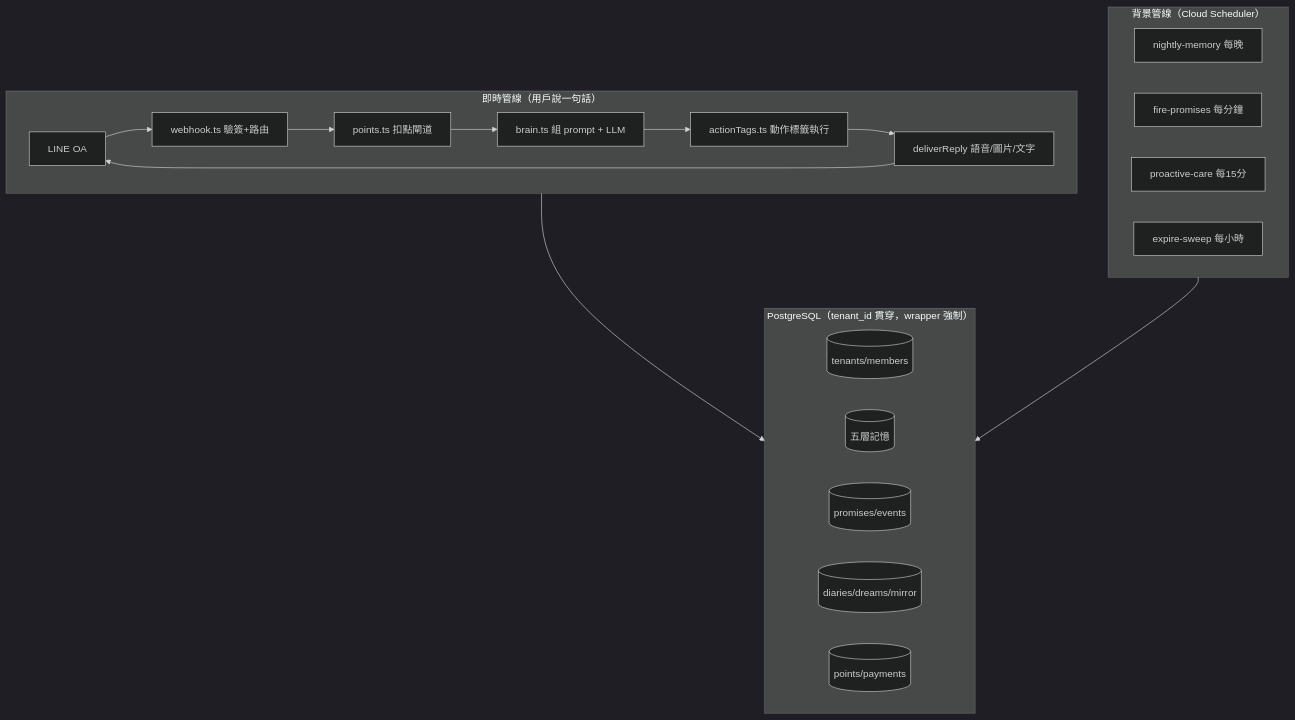
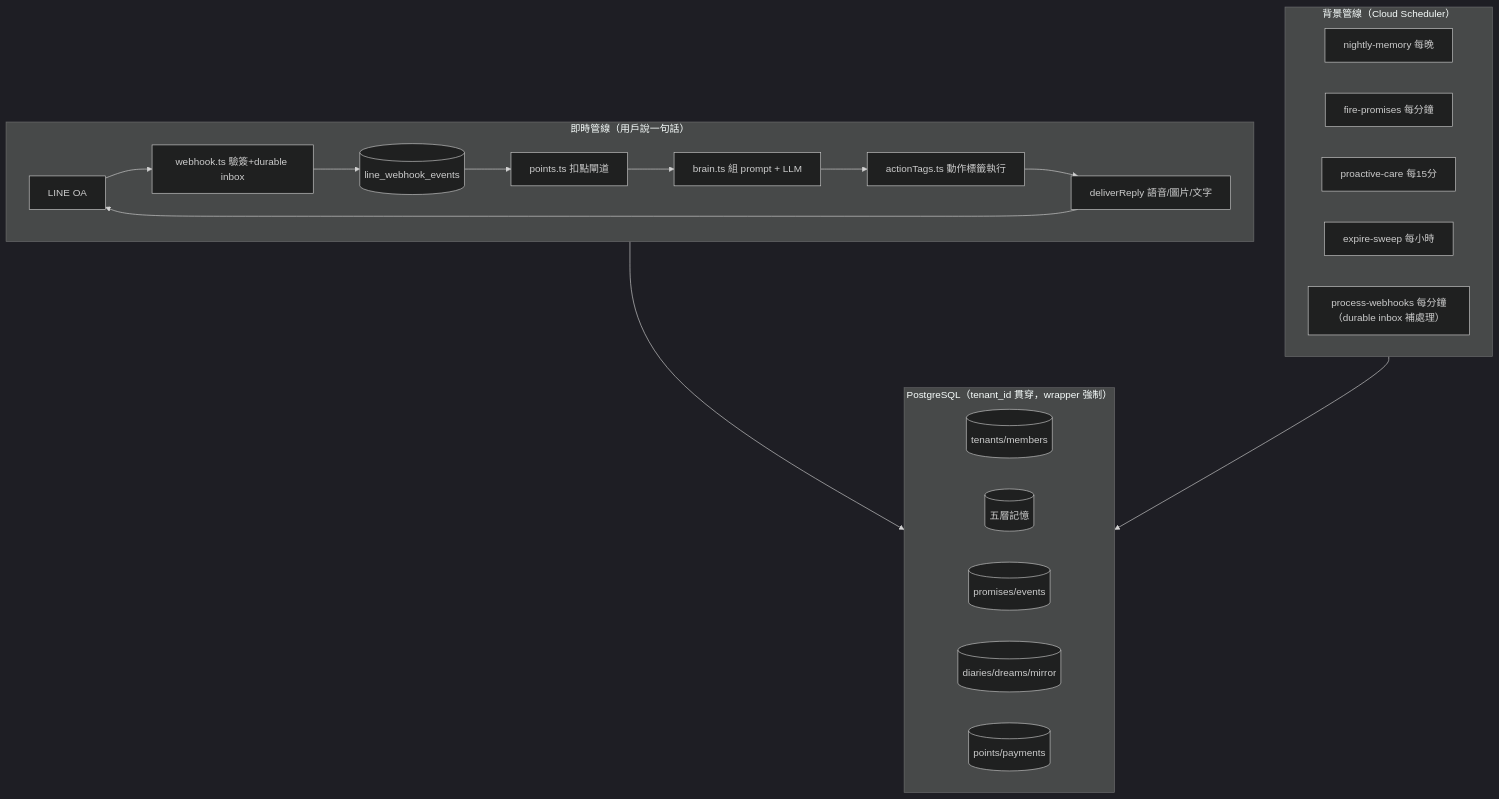
One commit to yveshuangai-cloud/mentor changed the diagram in docs/ARCHITECTURE-MAP.md. Above: the diagram before and after it, drawn with Mermaid (dark theme). The commit also changed other lines of this file and 45 other files, not shown here.

````diff
--- a/docs/ARCHITECTURE-MAP.md
+++ b/docs/ARCHITECTURE-MAP.md
@@ -9,26 +9,28 @@
 ```mermaid
 flowchart TB
   subgraph 即時["即時管線（用戶說一句話）"]
-    LINE[LINE OA] --> WH["webhook.ts 驗簽+路由"]
-    WH --> GATE["points.ts 扣點閘道"]
+    LINE[LINE OA] --> WH["webhook.ts 驗簽+durable inbox"]
+    WH --> WDB[(line_webhook_events)]
+    WDB --> GATE["points.ts 扣點閘道"]
     GATE --> BRAIN["brain.ts 組 prompt + LLM"]
     BRAIN --> TAGS["actionTags.ts 動作標籤執行"]
     TAGS --> DELIVER["deliverReply 語音/圖片/文字"]
     DELIVER --> LINE
   end
   subgraph 背景["背景管線（Cloud Scheduler）"]
     NM["nightly-memory 每晚"] 
     FP["fire-promises 每分鐘"]
     PC["proactive-care 每15分"]
     ES["expire-sweep 每小時"]
+    WQ["process-webhooks 每分鐘（durable inbox 補處理）"]
   end
   subgraph DB["PostgreSQL（tenant_id 貫穿，wrapper 強制）"]
     T[(tenants/members)]
     M[(五層記憶)]
     P[(promises/events)]
     N[(diaries/dreams/mirror)]
     B[(points/payments)]
   end
   即時 --> DB
   背景 --> DB
 ```
````
